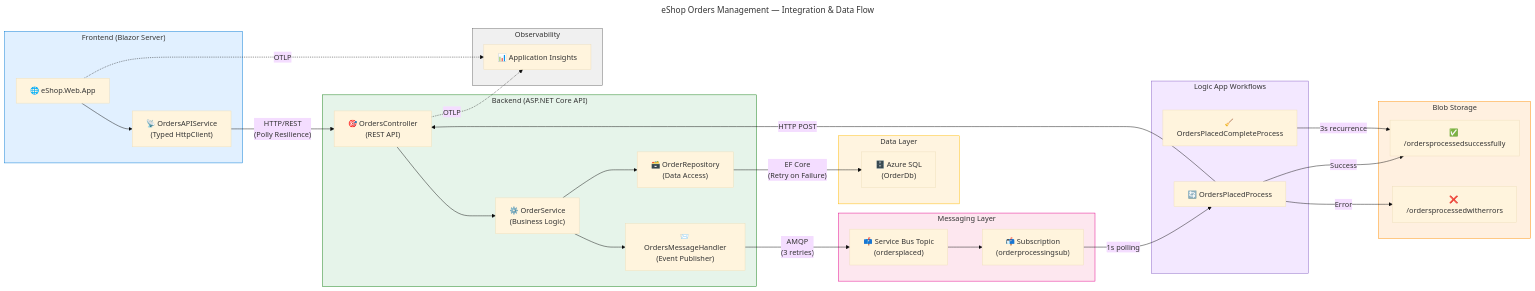
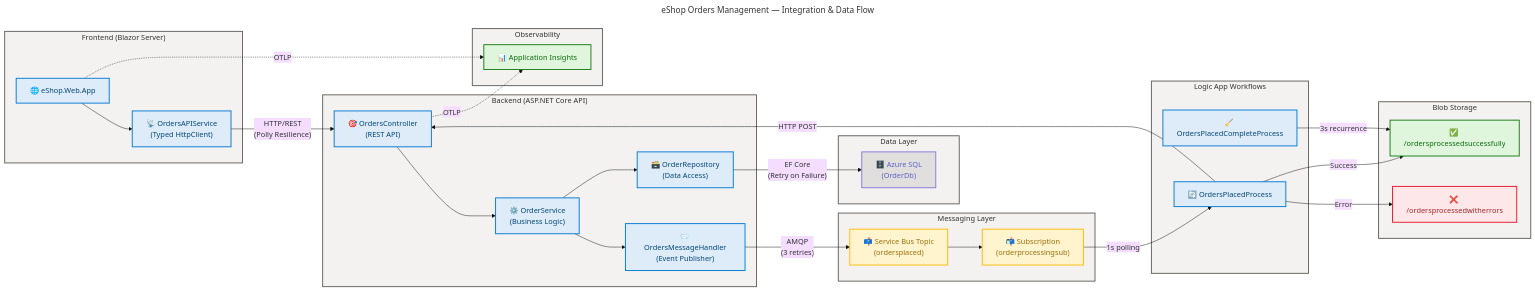
Diagram 12 of 14 in docs/architecture/application-architecture.md (Evilazaro/Azure-LogicApps-Monitoring), drawn with Mermaid before and after one commit. The commit also changed other lines of this file, not shown here.

Commit message:
Enhance application architecture diagrams with improved styling and classification for better clarity and visual distinction of protocols and components

````diff
--- a/docs/architecture/application-architecture.md
+++ b/docs/architecture/application-architecture.md
@@ -1940,38 +1954,38 @@
     %% ═══════════════════════════════════════════════════════════════════════════
 
     subgraph Frontend["Frontend (Blazor Server)"]
-        WebApp["🌐 eShop.Web.App"]
-        OrdersAPIClient["📡 OrdersAPIService\n(Typed HttpClient)"]
+        WebApp["🌐 eShop.Web.App"]:::core
+        OrdersAPIClient["📡 OrdersAPIService\n(Typed HttpClient)"]:::core
     end
 
     subgraph Backend["Backend (ASP.NET Core API)"]
-        Controller["🎯 OrdersController\n(REST API)"]
-        Service["⚙️ OrderService\n(Business Logic)"]
-        Repository["🗃️ OrderRepository\n(Data Access)"]
-        MsgHandler["📨 OrdersMessageHandler\n(Event Publisher)"]
+        Controller["🎯 OrdersController\n(REST API)"]:::core
+        Service["⚙️ OrderService\n(Business Logic)"]:::core
+        Repository["🗃️ OrderRepository\n(Data Access)"]:::core
+        MsgHandler["📨 OrdersMessageHandler\n(Event Publisher)"]:::core
     end
 
     subgraph Data["Data Layer"]
-        SQL["🗄️ Azure SQL\n(OrderDb)"]
+        SQL["🗄️ Azure SQL\n(OrderDb)"]:::data
     end
 
     subgraph Messaging["Messaging Layer"]
-        SBTopic["📫 Service Bus Topic\n(ordersplaced)"]
-        SBSub["📬 Subscription\n(orderprocessingsub)"]
+        SBTopic["📫 Service Bus Topic\n(ordersplaced)"]:::warning
+        SBSub["📬 Subscription\n(orderprocessingsub)"]:::warning
     end
 
     subgraph Workflows["Logic App Workflows"]
-        WF1["🔄 OrdersPlacedProcess"]
-        WF2["🧹 OrdersPlacedCompleteProcess"]
+        WF1["🔄 OrdersPlacedProcess"]:::core
+        WF2["🧹 OrdersPlacedCompleteProcess"]:::core
     end
 
     subgraph Storage["Blob Storage"]
-        BlobSuccess["✅ /ordersprocessedsuccessfully"]
-        BlobError["❌ /ordersprocessedwitherrors"]
+        BlobSuccess["✅ /ordersprocessedsuccessfully"]:::success
+        BlobError["❌ /ordersprocessedwitherrors"]:::danger
     end
 
     subgraph Observability["Observability"]
-        AppInsights["📊 Application Insights"]
+        AppInsights["📊 Application Insights"]:::success
     end
 
     WebApp --> OrdersAPIClient
@@ -1990,11 +2004,17 @@
     WebApp -.->|"OTLP"| AppInsights
     Controller -.->|"OTLP"| AppInsights
 
-    style Frontend fill:#e1f0ff,stroke:#0078d4,color:#333
-    style Backend fill:#e6f4ea,stroke:#107c10,color:#333
-    style Data fill:#fff4e0,stroke:#ffb900,color:#333
-    style Messaging fill:#fde7ef,stroke:#e3008c,color:#333
-    style Workflows fill:#f3e8ff,stroke:#8661c5,color:#333
-    style Storage fill:#fff0e0,stroke:#ff8c00,color:#333
-    style Observability fill:#f0f0f0,stroke:#666,color:#333
+    style Frontend fill:#F3F2F1,stroke:#605E5C,stroke-width:2px,color:#323130
+    style Backend fill:#F3F2F1,stroke:#605E5C,stroke-width:2px,color:#323130
+    style Data fill:#F3F2F1,stroke:#605E5C,stroke-width:2px,color:#323130
+    style Messaging fill:#F3F2F1,stroke:#605E5C,stroke-width:2px,color:#323130
+    style Workflows fill:#F3F2F1,stroke:#605E5C,stroke-width:2px,color:#323130
+    style Storage fill:#F3F2F1,stroke:#605E5C,stroke-width:2px,color:#323130
+    style Observability fill:#F3F2F1,stroke:#605E5C,stroke-width:2px,color:#323130
+
+    classDef core fill:#DEECF9,stroke:#0078D4,stroke-width:2px,color:#004578
+    classDef data fill:#E1DFDD,stroke:#8378DE,stroke-width:2px,color:#5B5FC7
+    classDef warning fill:#FFF4CE,stroke:#FFB900,stroke-width:2px,color:#986F0B
+    classDef success fill:#DFF6DD,stroke:#107C10,stroke-width:2px,color:#0B6A0B
+    classDef danger fill:#FDE7E9,stroke:#E81123,stroke-width:2px,color:#A4262C
 ```
````
